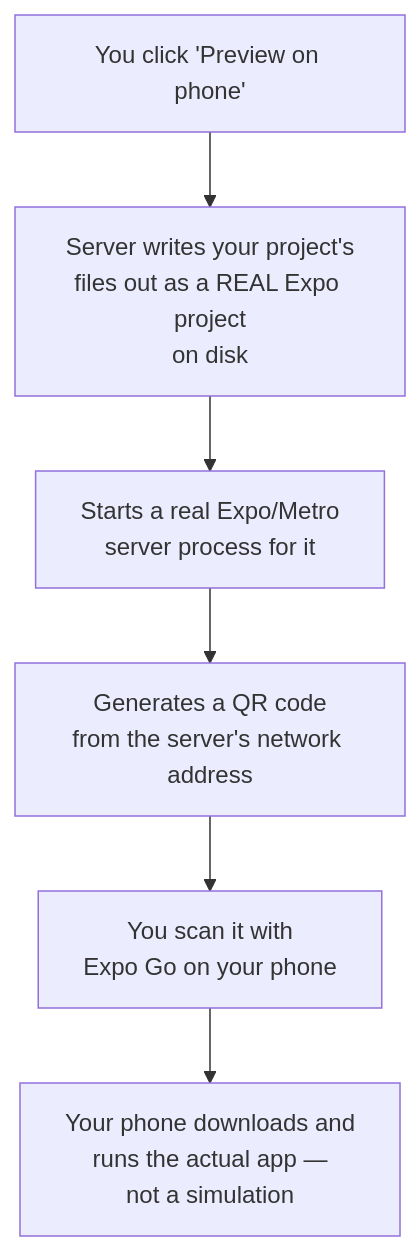
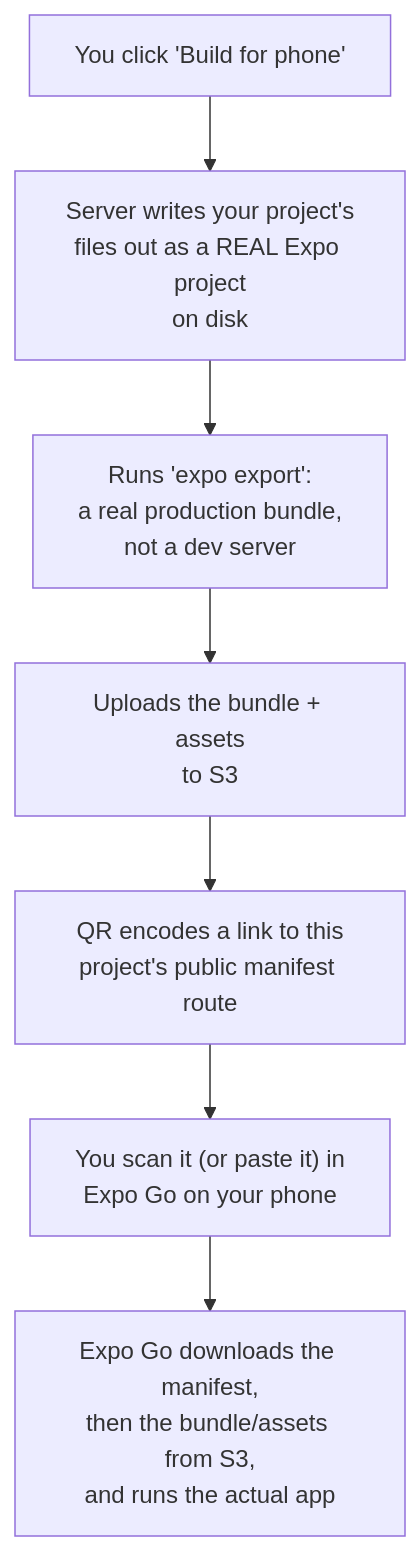
Before and after one commit to pranav589/ai-app-builder: the seventh of 25 diagrams in docs/codebase-walkthrough.md, drawn with Mermaid. The commit also changed other lines of this file and 18 other files, not shown here.

Commit message:
ft: Scan QR to preview in real device

````diff
--- a/docs/codebase-walkthrough.md
+++ b/docs/codebase-walkthrough.md
@@ -368,8 +370,9 @@
 ```mermaid
 flowchart TD
-    A["You click 'Preview on phone'"] --> B["Server writes your project's\nfiles out as a REAL Expo project\non disk"]
-    B --> C["Starts a real Expo/Metro\nserver process for it"]
-    C --> D["Generates a QR code\nfrom the server's network address"]
-    D --> E["You scan it with\nExpo Go on your phone"]
-    E --> F["Your phone downloads and\nruns the actual app —\nnot a simulation"]
+    A["You click 'Build for phone'"] --> B["Server writes your project's\nfiles out as a REAL Expo project\non disk"]
+    B --> C["Runs 'expo export':\na real production bundle,\nnot a dev server"]
+    C --> D["Uploads the bundle + assets\nto S3"]
+    D --> E["QR encodes a link to this\nproject's public manifest route"]
+    E --> F["You scan it (or paste it) in\nExpo Go on your phone"]
+    F --> G["Expo Go downloads the manifest,\nthen the bundle/assets from S3,\nand runs the actual app"]
 ```
````
